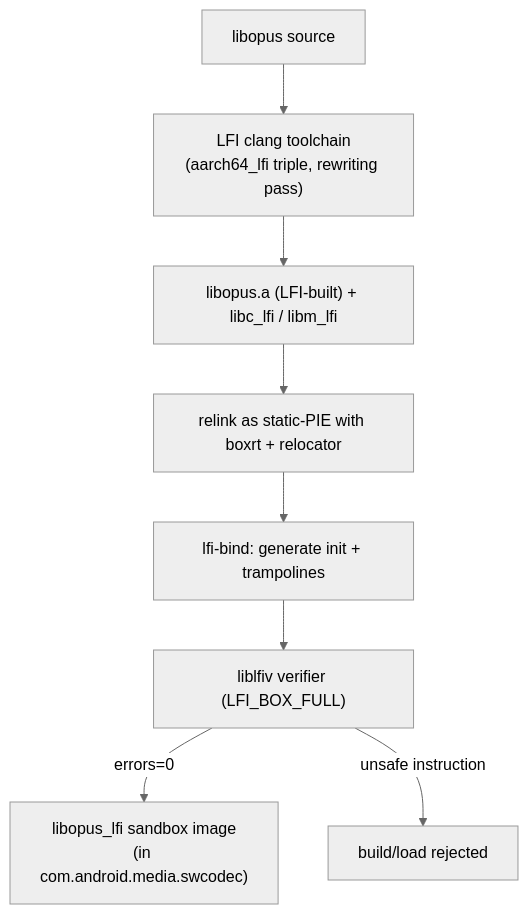
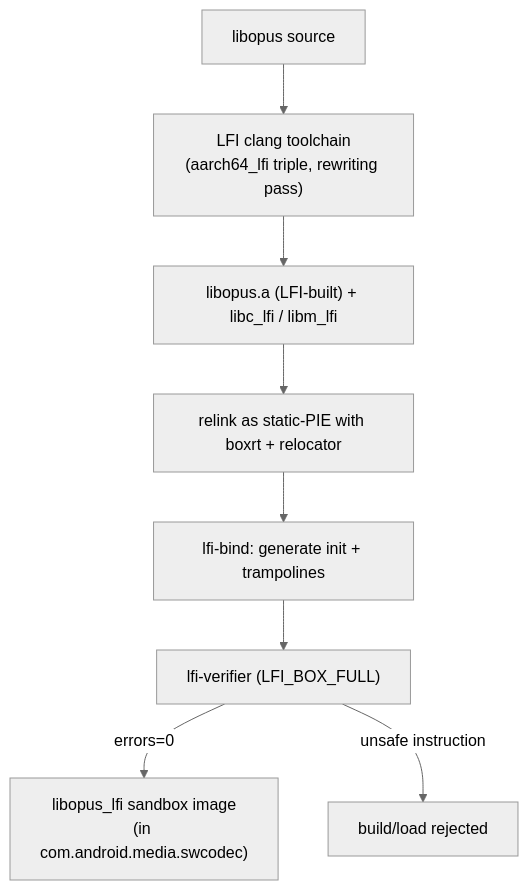
One commit to aospbooks/aosp-internal-book changed the third of 4 diagrams in agents/claude/skills/aosp-security/43-lfi-sandbox.md. Above: the diagram before and after it, drawn with Mermaid (neutral theme). The commit also changed other lines of this file and 68 other files, not shown here.

````diff
--- a/agents/claude/skills/aosp-security/43-lfi-sandbox.md
+++ b/agents/claude/skills/aosp-security/43-lfi-sandbox.md
@@ -358,10 +358,10 @@
 ```mermaid
 flowchart TD
   SRC["libopus source"] --> CC["LFI clang toolchain<br/>(aarch64_lfi triple, rewriting pass)"]
   CC --> LFILIB["libopus.a (LFI-built) + libc_lfi / libm_lfi"]
   LFILIB --> PIE["relink as static-PIE with boxrt + relocator"]
   PIE --> BIND["lfi-bind: generate init + trampolines"]
-  BIND --> VER["liblfiv verifier (LFI_BOX_FULL)"]
+  BIND --> VER["lfi-verifier (LFI_BOX_FULL)"]
   VER -->|"errors=0"| OUT["libopus_lfi sandbox image<br/>(in com.android.media.swcodec)"]
   VER -->|"unsafe instruction"| FAIL["build/load rejected"]
 ```
````
